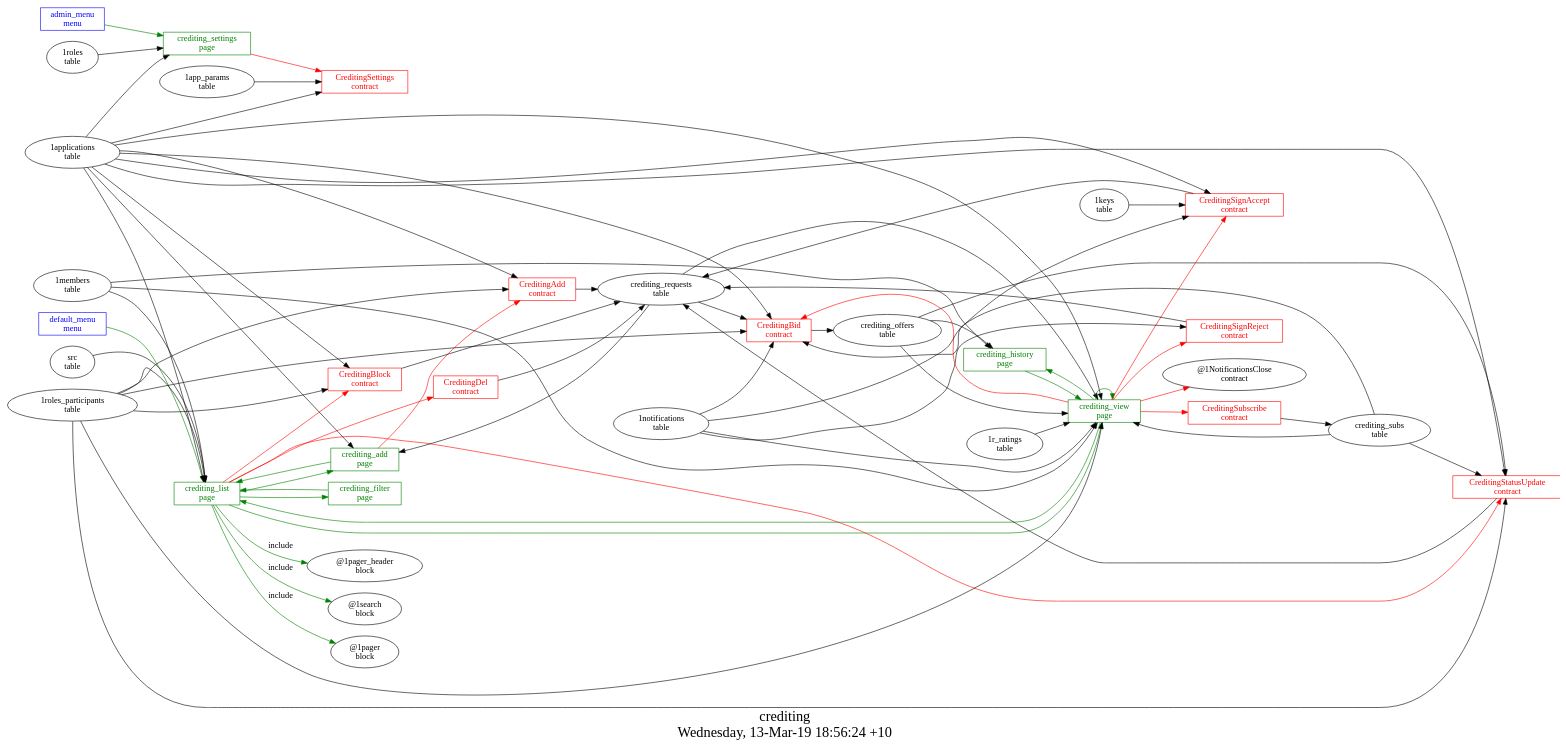
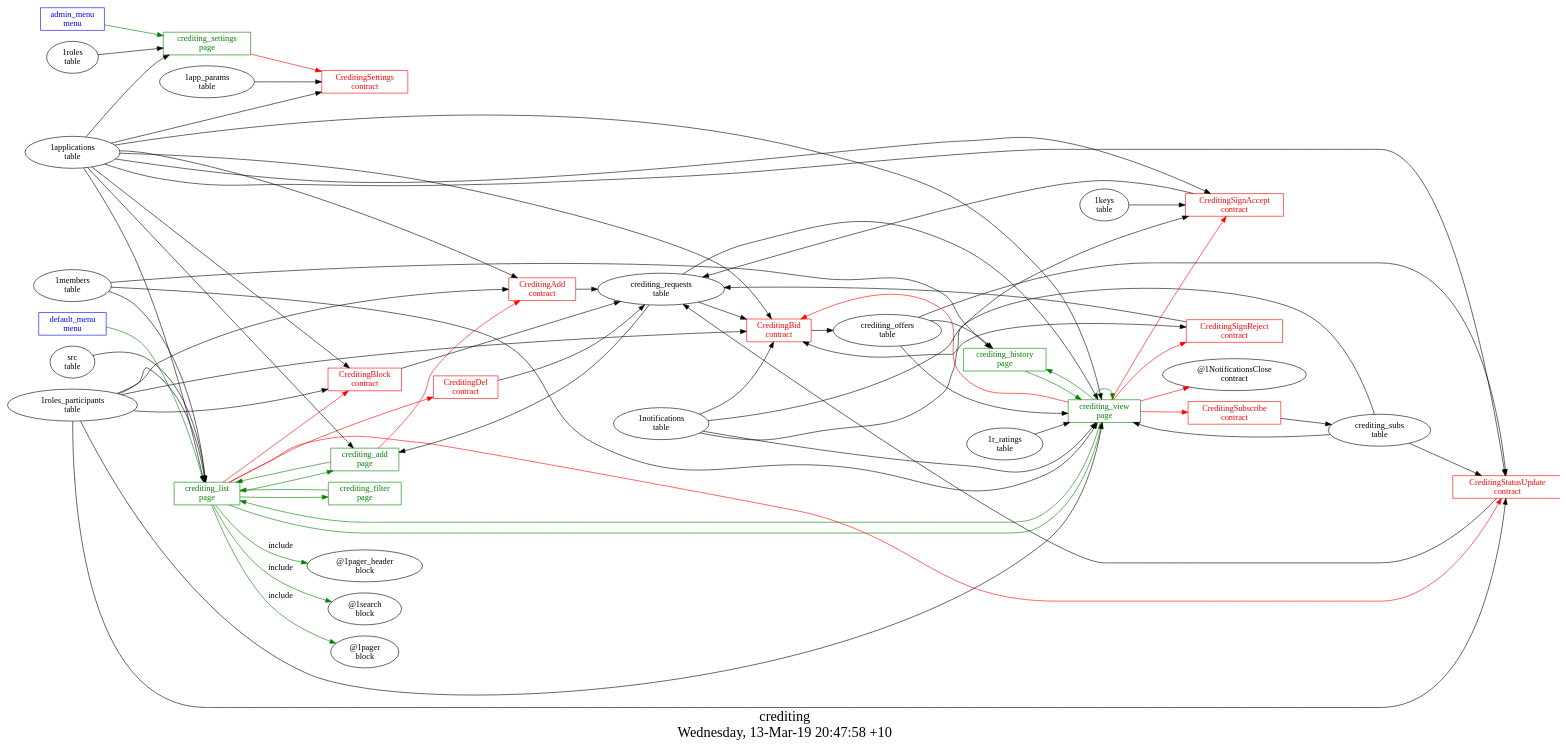
One commit to AplaProject/apps changed the diagram in ecosystem_apps/crediting/struct.dot. Above: the diagram before and after it, drawn with Graphviz. The commit also changed 4 other files, not shown here.

```diff
--- a/ecosystem_apps/crediting/struct.dot
+++ b/ecosystem_apps/crediting/struct.dot
@@ -1,97 +1,97 @@
 digraph G {
 fontsize="24";
-label="crediting\nWednesday, 13-Mar-19 18:56:24 +10";
+label="crediting\nWednesday, 13-Mar-19 20:47:58 +10";
 nojustify=true;
 ordering=out;
 rankdir=LR;
 size="30";
 "admin_menu\nmenu" -> "crediting_settings\npage"  [ color=green ]
 "admin_menu\nmenu" [color=blue, fontcolor=blue, group=menus, shape=record];
 "default_menu\nmenu" -> "crediting_list\npage"  [ color=green ]
 "default_menu\nmenu" [color=blue, fontcolor=blue, group=menus, shape=record];
 "crediting_add\npage" -> "CreditingAdd\ncontract"  [ color=red ]
 "1applications\ntable" -> "crediting_add\npage"
 "crediting_requests\ntable" -> "crediting_add\npage"
 "crediting_add\npage" -> "crediting_list\npage"  [ color=green ]
 "crediting_add\npage" [color=green, fontcolor=green, group=pages, shape=record];
 "crediting_filter\npage" -> "crediting_list\npage"  [ color=green ]
 "crediting_filter\npage" [color=green, fontcolor=green, group=pages, shape=record];
 "crediting_offers\ntable" -> "crediting_history\npage"
 "1members\ntable" -> "crediting_history\npage"
 "crediting_history\npage" -> "crediting_view\npage"  [ color=green ]
 "crediting_history\npage" [color=green, fontcolor=green, group=pages, shape=record];
 "crediting_list\npage" -> "CreditingStatusUpdate\ncontract"  [ color=red ]
 "crediting_list\npage" -> "CreditingDel\ncontract"  [ color=red ]
 "crediting_list\npage" -> "CreditingBlock\ncontract"  [ color=red ]
 "1applications\ntable" -> "crediting_list\npage"
 "1roles_participants\ntable" -> "crediting_list\npage"
 "src\ntable" -> "crediting_list\npage"
 "1members\ntable" -> "crediting_list\npage"
 "crediting_list\npage" -> "crediting_add\npage"  [ color=green ]
 "crediting_list\npage" -> "crediting_filter\npage"  [ color=green ]
 "crediting_list\npage" -> "crediting_view\npage"  [ color=green ]
 "crediting_list\npage" -> "@1pager_header\nblock"  [ color=green, label=include ]
 "crediting_list\npage" -> "@1search\nblock"  [ color=green, label=include ]
 "crediting_list\npage" -> "@1pager\nblock"  [ color=green, label=include ]
 "crediting_list\npage" [color=green, fontcolor=green, group=pages, shape=record];
 "crediting_settings\npage" -> "CreditingSettings\ncontract"  [ color=red ]
 "1applications\ntable" -> "crediting_settings\npage"
 "1roles\ntable" -> "crediting_settings\npage"
 "crediting_settings\npage" [color=green, fontcolor=green, group=pages, shape=record];
 "crediting_view\npage" -> "CreditingBid\ncontract"  [ color=red ]
 "crediting_view\npage" -> "CreditingSignReject\ncontract"  [ color=red ]
 "crediting_view\npage" -> "CreditingSignAccept\ncontract"  [ color=red ]
 "crediting_view\npage" -> "@1NotificationsClose\ncontract"  [ color=red ]
 "crediting_view\npage" -> "CreditingSubscribe\ncontract"  [ color=red ]
 "1applications\ntable" -> "crediting_view\npage"
 "1roles_participants\ntable" -> "crediting_view\npage"
 "1notifications\ntable" -> "crediting_view\npage"
 "crediting_requests\ntable" -> "crediting_view\npage"
 "1members\ntable" -> "crediting_view\npage"
 "1r_ratings\ntable" -> "crediting_view\npage"
 "crediting_offers\ntable" -> "crediting_view\npage"
 "crediting_subs\ntable" -> "crediting_view\npage"
 "crediting_view\npage" -> "crediting_view\npage"  [ color=green ]
 "crediting_view\npage" -> "crediting_history\npage"  [ color=green ]
 "crediting_view\npage" -> "crediting_list\npage"  [ color=green ]
 "crediting_view\npage" [color=green, fontcolor=green, group=pages, shape=record];
 "CreditingAdd\ncontract" -> "crediting_requests\ntable"  [ color="" ]
 "1applications\ntable" -> "CreditingAdd\ncontract"
 "1roles_participants\ntable" -> "CreditingAdd\ncontract"
 "CreditingAdd\ncontract" [color=red, fontcolor=red, group=contracts, shape=record];
 "CreditingBid\ncontract" -> "crediting_offers\ntable"  [ color="" ]
 "1notifications\ntable" -> "CreditingBid\ncontract"
 "crediting_subs\ntable" -> "CreditingBid\ncontract"
 "1applications\ntable" -> "CreditingBid\ncontract"
 "1roles_participants\ntable" -> "CreditingBid\ncontract"
 "crediting_requests\ntable" -> "CreditingBid\ncontract"
 "CreditingBid\ncontract" [color=red, fontcolor=red, group=contracts, shape=record];
 "CreditingBlock\ncontract" -> "crediting_requests\ntable"  [ color="" ]
 "1applications\ntable" -> "CreditingBlock\ncontract"
 "1roles_participants\ntable" -> "CreditingBlock\ncontract"
 "CreditingBlock\ncontract" [color=red, fontcolor=red, group=contracts, shape=record];
 "CreditingDel\ncontract" -> "crediting_requests\ntable"  [ color="" ]
 "CreditingDel\ncontract" [color=red, fontcolor=red, group=contracts, shape=record];
 "1app_params\ntable" -> "CreditingSettings\ncontract"
 "1applications\ntable" -> "CreditingSettings\ncontract"
 "CreditingSettings\ncontract" [color=red, fontcolor=red, group=contracts, shape=record];
 "CreditingSignAccept\ncontract" -> "crediting_requests\ntable"  [ color="" ]
 "1notifications\ntable" -> "CreditingSignAccept\ncontract"
 "1keys\ntable" -> "CreditingSignAccept\ncontract"
 "1applications\ntable" -> "CreditingSignAccept\ncontract"
 "CreditingSignAccept\ncontract" [color=red, fontcolor=red, group=contracts, shape=record];
 "CreditingSignReject\ncontract" -> "crediting_requests\ntable"  [ color="" ]
 "1notifications\ntable" -> "CreditingSignReject\ncontract"
 "CreditingSignReject\ncontract" [color=red, fontcolor=red, group=contracts, shape=record];
 "CreditingStatusUpdate\ncontract" -> "crediting_requests\ntable"  [ color="" ]
 "crediting_offers\ntable" -> "CreditingStatusUpdate\ncontract"
 "crediting_subs\ntable" -> "CreditingStatusUpdate\ncontract"
 "1applications\ntable" -> "CreditingStatusUpdate\ncontract"
 "1roles_participants\ntable" -> "CreditingStatusUpdate\ncontract"
 "CreditingStatusUpdate\ncontract" [color=red, fontcolor=red, group=contracts, shape=record];
 "CreditingSubscribe\ncontract" -> "crediting_subs\ntable"  [ color="" ]
 "CreditingSubscribe\ncontract" [color=red, fontcolor=red, group=contracts, shape=record];
 "crediting_offers\ntable" [color="", fontcolor="", group=tables, shape=""];
 "crediting_requests\ntable" [color="", fontcolor="", group=tables, shape=""];
 "crediting_subs\ntable" [color="", fontcolor="", group=tables, shape=""];
 }
```
